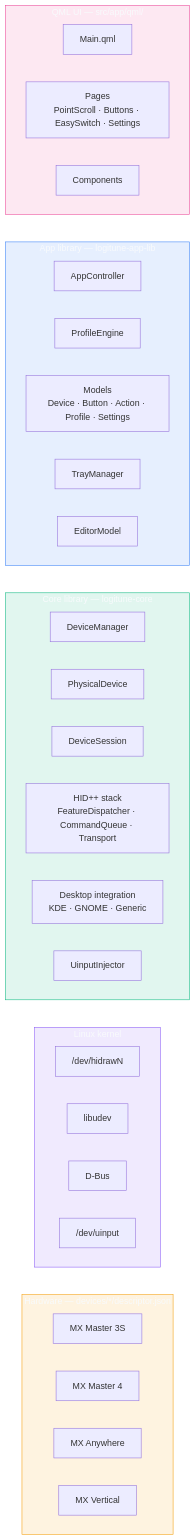
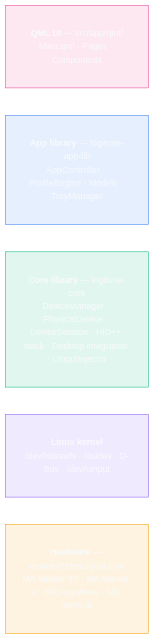
The first of 17 diagrams in docs/wiki/Architecture.md (mmaher88/logitune), drawn with Mermaid before and after one commit.

Commit message:
docs(wiki): collapse System Overview to one stacked node per layer
The per-component subgraphs with direction LR fanned 4-6 nodes side
by side in each layer, making the whole diagram very wide. Collapse
each layer to a single node whose label lists its contents with bullet
separators. Result: five stacked rectangles, each the width of its
longest content line, layered top-to-bottom by the invisible (~~~)
edges. Keeps the palette matching the interactive demo.

````diff
--- a/docs/wiki/Architecture.md
+++ b/docs/wiki/Architecture.md
@@ -9,57 +9,21 @@
 ```mermaid
 flowchart TB
-    subgraph ui ["QML UI — src/app/qml/"]
-        direction LR
-        u1[Main.qml]
-        u2["Pages<br/>PointScroll · Buttons · EasySwitch · Settings"]
-        u3[Components]
-    end
-
-    subgraph app ["App library — logitune-app-lib"]
-        direction LR
-        a1[AppController]
-        a2[ProfileEngine]
-        a3["Models<br/>Device · Button · Action · Profile · Settings"]
-        a4[TrayManager]
-        a5[EditorModel]
-    end
-
-    subgraph core ["Core library — logitune-core"]
-        direction LR
-        c1[DeviceManager]
-        c2[PhysicalDevice]
-        c3[DeviceSession]
-        c4["HID++ stack<br/>FeatureDispatcher · CommandQueue · Transport"]
-        c5["Desktop integration<br/>KDE · GNOME · Generic"]
-        c6[UinputInjector]
-    end
-
-    subgraph kernel ["Linux kernel"]
-        direction LR
-        k1["/dev/hidrawN"]
-        k2[libudev]
-        k3[D-Bus]
-        k4["/dev/uinput"]
-    end
-
-    subgraph hardware ["Hardware — devices/*/descriptor.json"]
-        direction LR
-        h1[MX Master 3S]
-        h2[MX Master 4]
-        h3[MX Anywhere]
-        h4[MX Vertical]
-    end
+    ui["<b>QML UI</b> — src/app/qml/<br/>Main.qml · Pages · Components"]
+    app["<b>App library</b> — logitune-app-lib<br/>AppController · ProfileEngine · Models · TrayManager"]
+    core["<b>Core library</b> — logitune-core<br/>DeviceManager · PhysicalDevice · DeviceSession · HID++ stack · Desktop integration · UinputInjector"]
+    kernel["<b>Linux kernel</b><br/>/dev/hidrawN · libudev · D-Bus · /dev/uinput"]
+    hardware["<b>Hardware</b> — devices/*/descriptor.json<br/>MX Master 3S · MX Master 4 · MX Anywhere · MX Vertical"]
 
     ui ~~~ app ~~~ core ~~~ kernel ~~~ hardware
 
-    classDef uiStyle     fill:#ec489920,stroke:#ec4899,color:#f8fafc
-    classDef appStyle    fill:#3b82f620,stroke:#3b82f6,color:#f8fafc
-    classDef coreStyle   fill:#10b98120,stroke:#10b981,color:#f8fafc
-    classDef kernelStyle fill:#8b5cf620,stroke:#8b5cf6,color:#f8fafc
-    classDef hwStyle     fill:#f59e0b20,stroke:#f59e0b,color:#f8fafc
+    classDef uiStyle     fill:#ec489920,stroke:#ec4899,color:#f8fafc,padding:12px
+    classDef appStyle    fill:#3b82f620,stroke:#3b82f6,color:#f8fafc,padding:12px
+    classDef coreStyle   fill:#10b98120,stroke:#10b981,color:#f8fafc,padding:12px
+    classDef kernelStyle fill:#8b5cf620,stroke:#8b5cf6,color:#f8fafc,padding:12px
+    classDef hwStyle     fill:#f59e0b20,stroke:#f59e0b,color:#f8fafc,padding:12px
     class ui uiStyle
     class app appStyle
     class core coreStyle
     class kernel kernelStyle
     class hardware hwStyle
 ```
````
